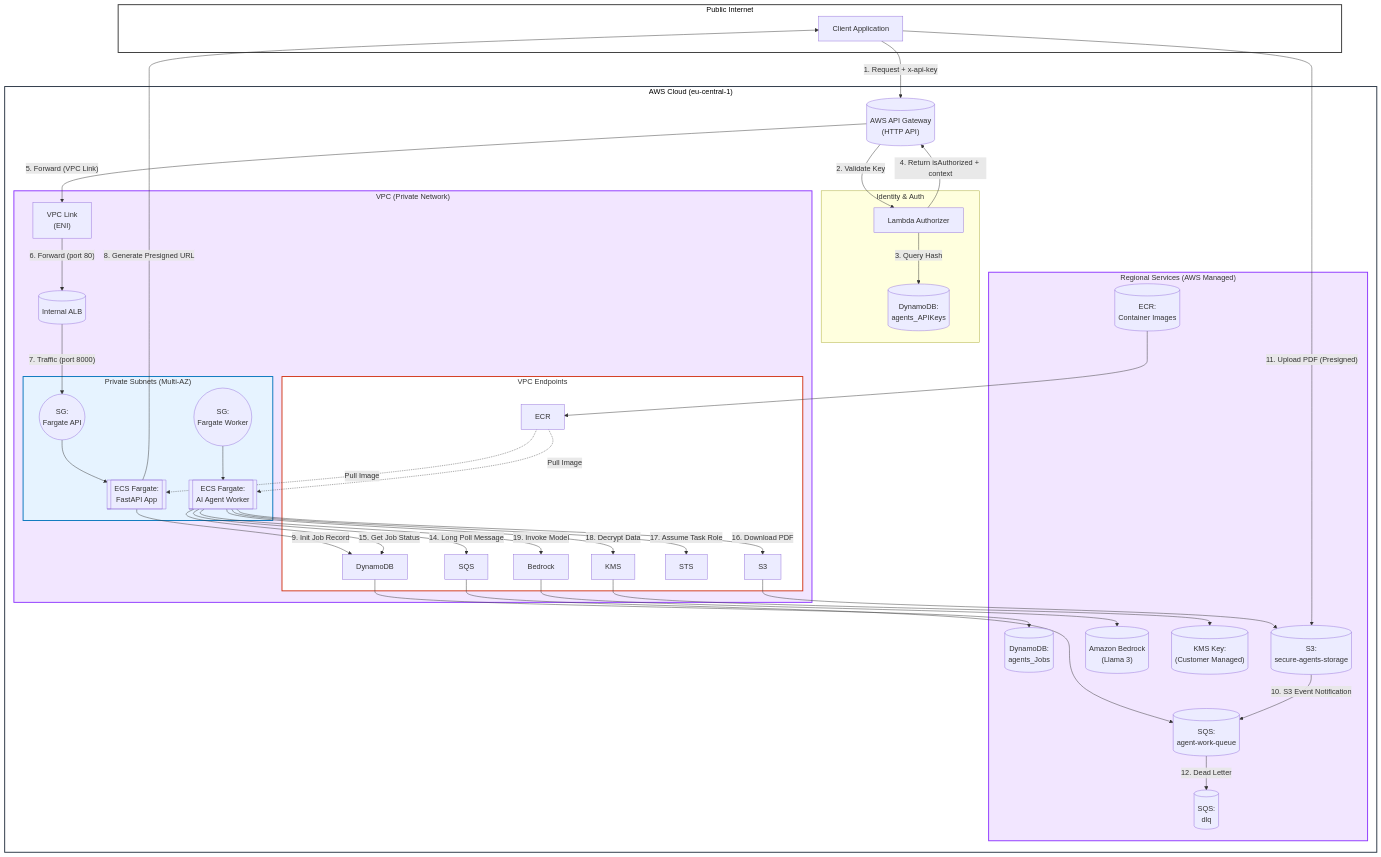
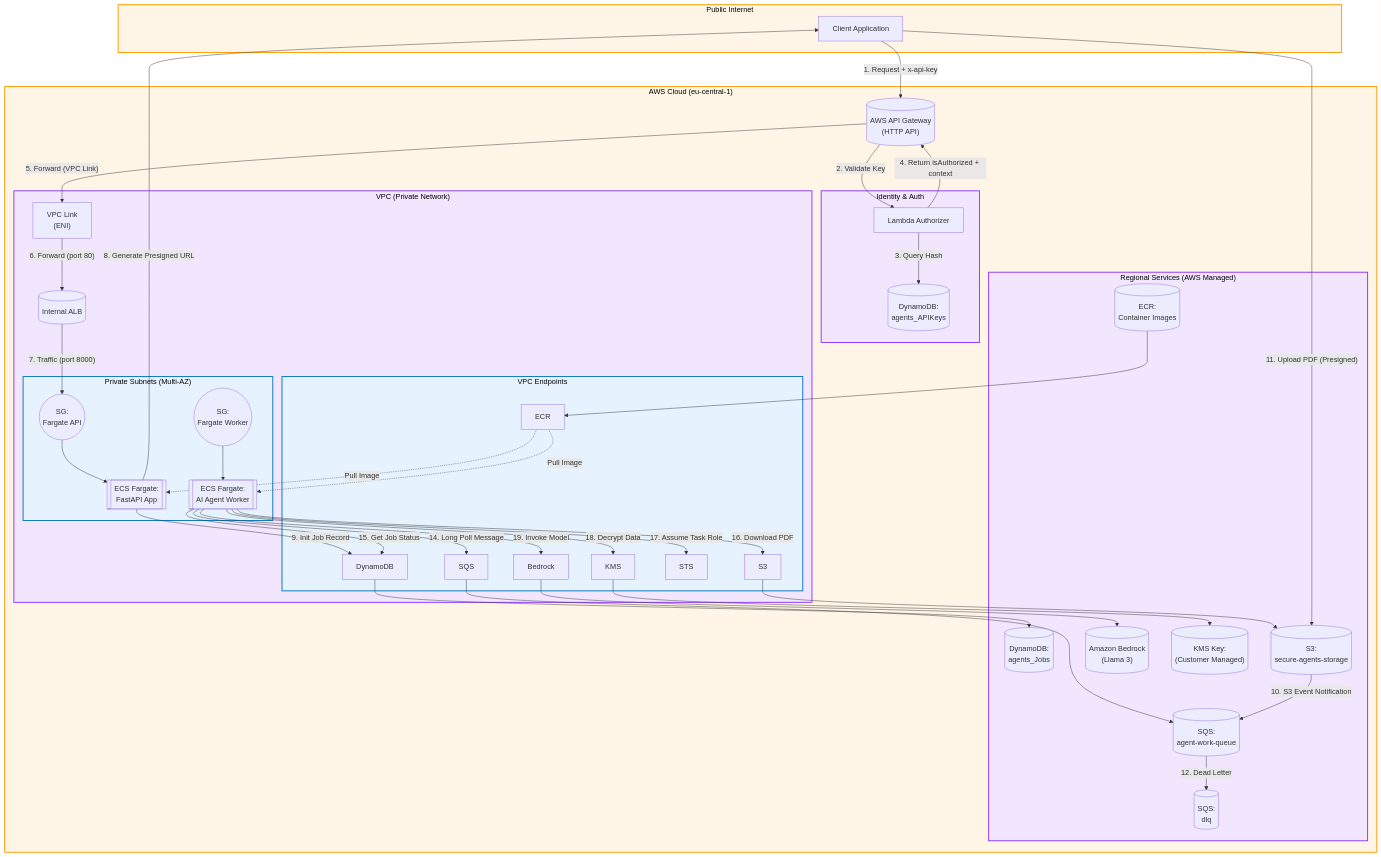
One commit to SteliosSpanos/secure-agents changed the diagram in README.md. Above: the diagram before and after it, drawn with Mermaid.

Commit message:
Fixes diagram

````diff
--- a/README.md
+++ b/README.md
@@ -11,17 +11,14 @@
 ```mermaid
 graph TD
   %% Define Styles
-  classDef internet fill:#ffffff,stroke:#333,stroke-width:2px,color:#000;
-  classDef aws fill:#ffffff,stroke:#232f3e,stroke-width:2px,color:#000;
-  classDef vpc fill:#f2e6ff,stroke:#8c33ff,stroke-width:2px;
-  classDef subnet fill:#e6f3ff,stroke:#0073bb,stroke-width:2px;
-  classDef regional fill:#f2e6ff,stroke:#8c33ff,stroke-width:2px;
-  classDef endpoint fill:#fff,stroke:#d13212,stroke-width:2px;
+  classDef orange fill:#fff5e6,stroke:#ff9900,stroke-width:2px,color:#000;
+  classDef purple fill:#f2e6ff,stroke:#8c33ff,stroke-width:2px,color:#000;
+  classDef blue fill:#e6f3ff,stroke:#0073bb,stroke-width:2px,color:#000;
 
   subgraph PublicInternet["Public Internet"]
     Client["Client Application"]
   end
-  class PublicInternet internet;
+  class PublicInternet orange;
 
   subgraph AWSCloud["AWS Cloud (eu-central-1)"]
     APIGW[("AWS API Gateway<br>(HTTP API)")]
@@ -30,6 +27,7 @@
       Authorizer["Lambda Authorizer"]
       ApiKeysTable[("DynamoDB:<br>agents_APIKeys")]
     end
+    class AuthLayer purple;
 
     subgraph RegionalServices["Regional Services (AWS Managed)"]
       MainQueue[("SQS:<br>agent-work-queue")]
@@ -40,7 +38,7 @@
       KmsKey[("KMS Key:<br>(Customer Managed)")]
       EcrRegistry[("ECR:<br>Container Images")]
     end
-    class RegionalServices regional;
+    class RegionalServices purple;
 
     subgraph VPC["VPC (Private Network)"]
       VpcLinkENI["VPC Link<br>(ENI)"]
@@ -55,7 +53,7 @@
         EndpointECR["ECR"]
         EndpointBedrock["Bedrock"]
       end
-      class VpcEndpoints endpoint;
+      class VpcEndpoints blue;
 
       subgraph PrivateSubnets["Private Subnets (Multi-AZ)"]
         SgApi(("SG:<br>Fargate API"))
@@ -64,11 +62,11 @@
         ApiService[["ECS Fargate:<br>FastAPI App"]]
         WorkerService[["ECS Fargate:<br>AI Agent Worker"]]
       end
-      class PrivateSubnets subnet;
+      class PrivateSubnets blue;
     end
-    class VPC vpc;
+    class VPC purple;
   end
-  class AWSCloud aws;
+  class AWSCloud orange;
 
 
   Client -- "1. Request + x-api-key" --> APIGW
````
